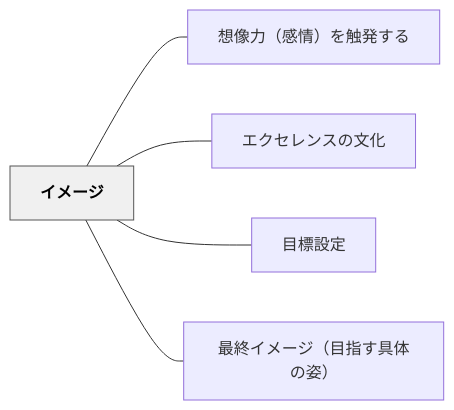
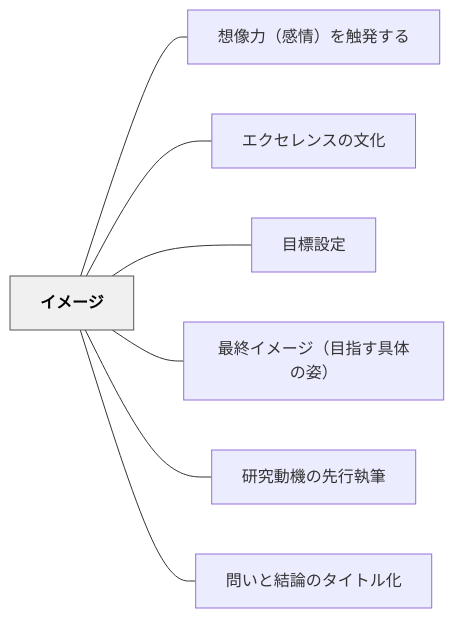
One commit to unknownthings-ed-patterns/unknownthings-ed-patterns changed the diagram in content/パタン/イメージ.md. Above: the diagram before and after it, drawn with Mermaid. The commit also changed other lines of this file and 17 other files, not shown here.

````diff
--- a/content/パタン/イメージ.md
+++ b/content/パタン/イメージ.md
@@ -51,16 +53,20 @@
 ```mermaid
 flowchart LR
     ne382a4e383a1["イメージ"]
     ne683b3e5838f["想像力（感情）を触発する"]
     ne382a8e382af["エクセレンスの文化"]
     ne79baee6a899["目標設定"]
     ne69c80e7b582["最終イメージ（目指す具体の姿）"]
+    ne7a094e7a9b6["研究動機の先行執筆"]
+    ne5958fe38184["問いと結論のタイトル化"]
 
     ne382a4e383a1 --- ne683b3e5838f
     ne382a4e383a1 --- ne382a8e382af
     ne382a4e383a1 --- ne79baee6a899
     ne382a4e383a1 --- ne69c80e7b582
+    ne382a4e383a1 --- ne7a094e7a9b6
+    ne382a4e383a1 --- ne5958fe38184
 
     classDef hub fill:#f0f0f0,stroke:#555,color:#000,font-weight:bold
     class ne382a4e383a1 hub
 ```
````
